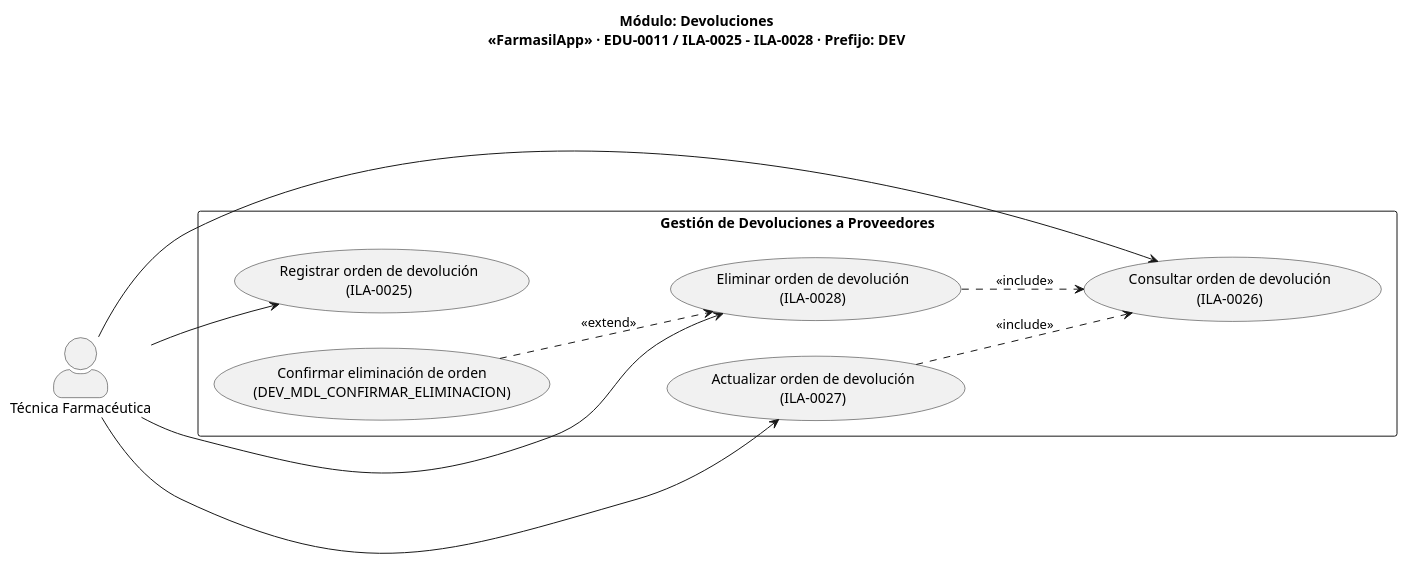
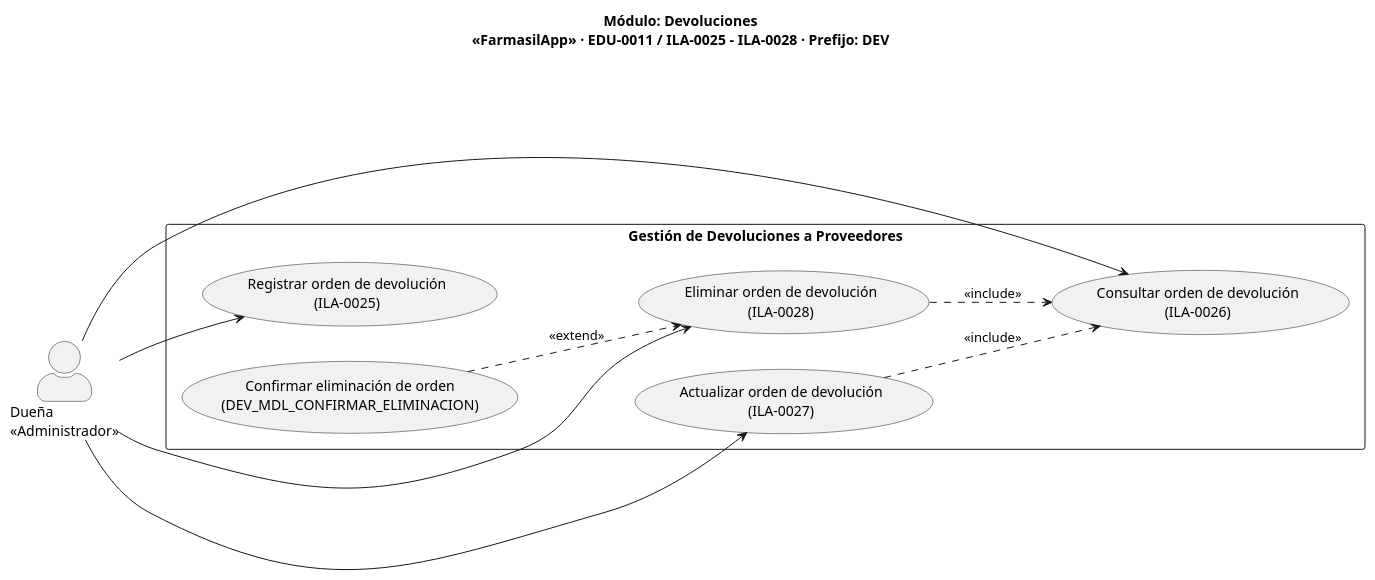
Before and after one commit to Luis-Ayben-Chahua-Charca/Farmasil_App: the diagram in docs/diagramas/plaintext-CasosUso/CU-07_Devoluciones.puml, drawn with PlantUML. The commit also changed 7 other files, not shown here.

```diff
--- a/docs/diagramas/plaintext-CasosUso/CU-07_Devoluciones.puml
+++ b/docs/diagramas/plaintext-CasosUso/CU-07_Devoluciones.puml
@@ -1,25 +1,25 @@
 @startuml DiagramaDevoluciones
 left to right direction
 skinparam actorStyle awesome
 title Módulo: Devoluciones\n«FarmasilApp» · EDU-0011 / ILA-0025 - ILA-0028 · Prefijo: DEV
 
-actor "Técnica Farmacéutica" as Tecnica
+actor "Dueña\n<<Administrador>>" as Duena
 
 rectangle "Gestión de Devoluciones a Proveedores" {
   usecase "Registrar orden de devolución\n(ILA-0025)" as UC_Registrar
   usecase "Consultar orden de devolución\n(ILA-0026)" as UC_Consultar
   usecase "Actualizar orden de devolución\n(ILA-0027)" as UC_Actualizar
   usecase "Eliminar orden de devolución\n(ILA-0028)" as UC_Eliminar
   usecase "Confirmar eliminación de orden\n(DEV_MDL_CONFIRMAR_ELIMINACION)" as UC_Confirmar
 }
 
-Tecnica --> UC_Registrar
-Tecnica --> UC_Consultar
-Tecnica --> UC_Actualizar
-Tecnica --> UC_Eliminar
+Duena --> UC_Registrar
+Duena --> UC_Consultar
+Duena --> UC_Actualizar
+Duena --> UC_Eliminar
 
 UC_Actualizar ..> UC_Consultar : <<include>>
 UC_Eliminar   ..> UC_Consultar : <<include>>
 UC_Confirmar  ..> UC_Eliminar  : <<extend>>
 
 @enduml
```
